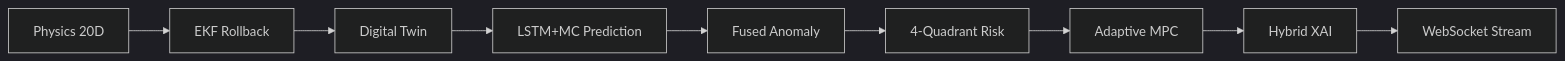
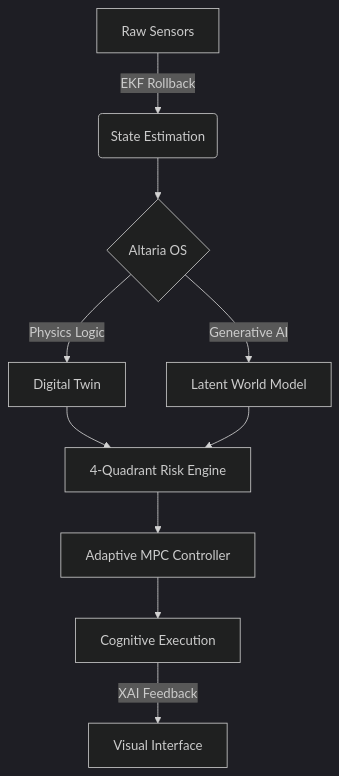
One commit to subhamsje/Drone-N1 changed the diagram in README.md. Above: the diagram before and after it, drawn with Mermaid (dark theme). The commit also changed other lines of this file, not shown here.

Commit message:
✨ Aesthetics: Elevating README to Premium Cognitive Showcase 🌌

````diff
--- a/README.md
+++ b/README.md
@@ -16,11 +35,11 @@
 ```mermaid
-graph LR
-    P[Physics 20D] --> E[EKF Rollback]
-    E --> DT[Digital Twin]
-    DT --> Pred[LSTM+MC Prediction]
-    Pred --> Anom[Fused Anomaly]
-    Anom --> Risk[4-Quadrant Risk]
-    Risk --> MPC[Adaptive MPC]
-    MPC --> XAI[Hybrid XAI]
-    XAI --> WS[WebSocket Stream]
+graph TD
+    A[Raw Sensors] -->|EKF Rollback| B(State Estimation)
+    B --> C{Altaria OS}
+    C -->|Physics Logic| D[Digital Twin]
+    C -->|Generative AI| E[Latent World Model]
+    D & E --> F[4-Quadrant Risk Engine]
+    F --> G[Adaptive MPC Controller]
+    G --> H[Cognitive Execution]
+    H -->|XAI Feedback| I[Visual Interface]
 ```
````
